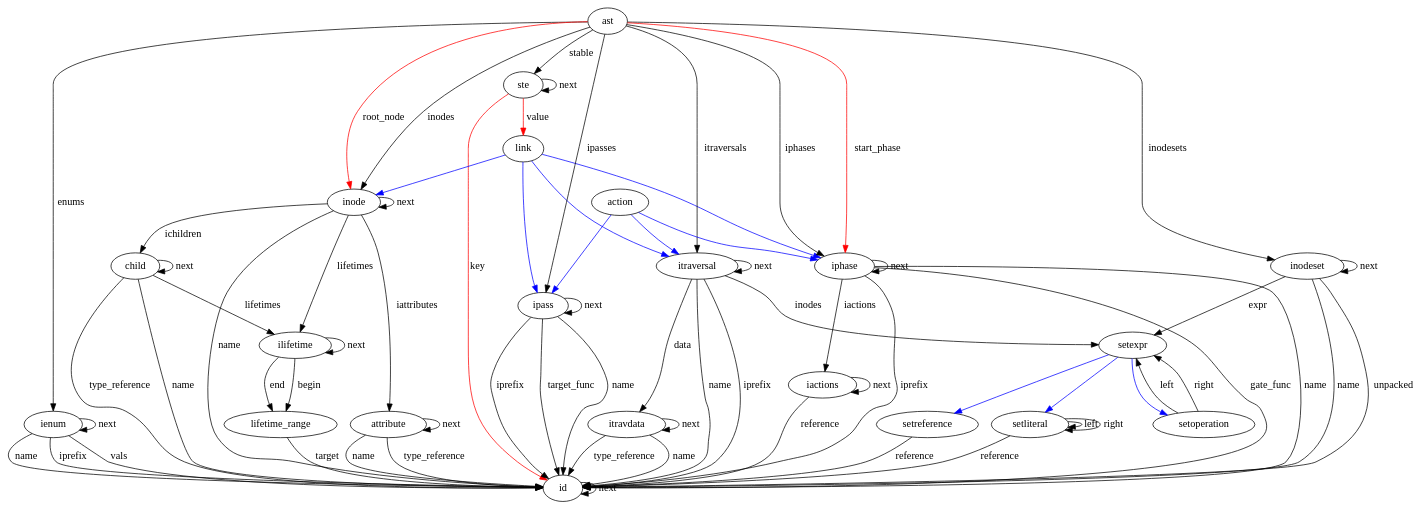
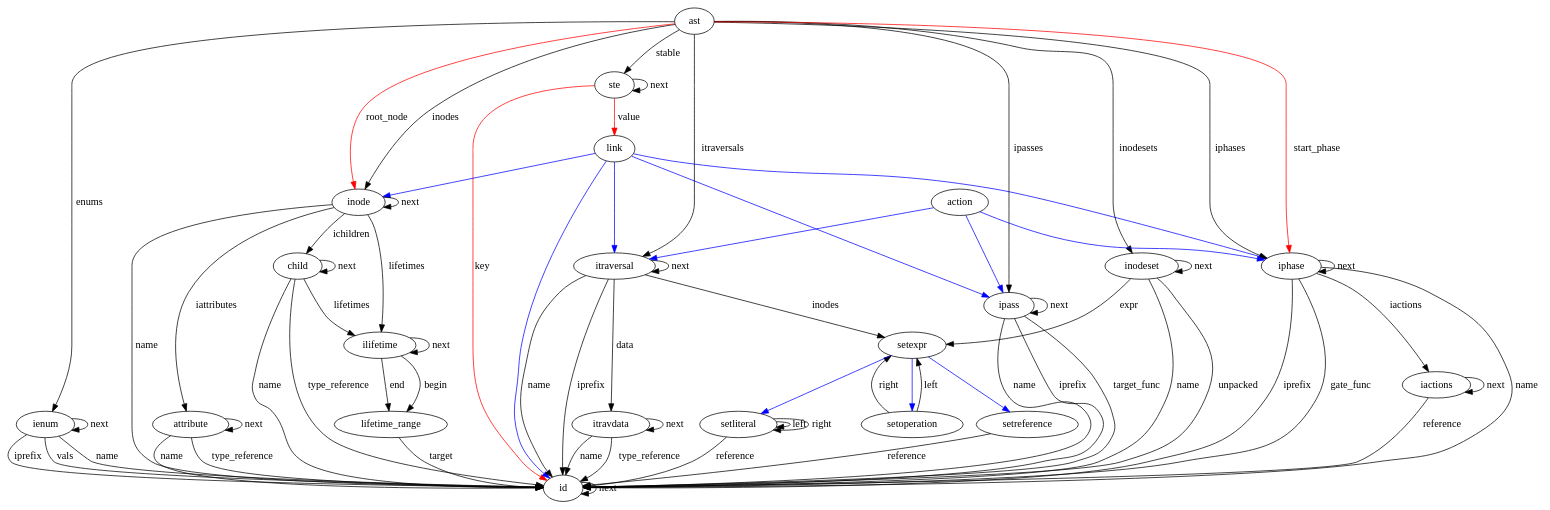
Before and after one commit to CoCoNut-UvA/coconut: the diagram in cocogen/ccngen/ast.dot, drawn with Graphviz. The commit also changed 56 other files, not shown here.

```diff
--- a/cocogen/ccngen/ast.dot
+++ b/cocogen/ccngen/ast.dot
@@ -1,77 +1,78 @@
 digraph Ast {
 id -> id[label="next"]
 ienum -> id[label="vals"]
 ienum -> id[label="name"]
 ienum -> id[label="iprefix"]
 ienum -> ienum[label="next"]
 attribute -> id[label="name"]
 attribute -> id[label="type_reference"]
 attribute -> attribute[label="next"]
 itravdata -> id[label="name"]
 itravdata -> id[label="type_reference"]
 itravdata -> itravdata[label="next"]
 setoperation -> setexpr[label="left"]
 setoperation -> setexpr[label="right"]
 setliteral -> id[label="reference"]
 setliteral -> setliteral[label="left"]
 setliteral -> setliteral[label="right"]
 setreference -> id[label="reference"]
 ste -> ste[label="next"]
 ste -> id[color=red, label="key"]
 ste -> link[color=red, label="value"]
 child -> id[label="name"]
 child -> ilifetime[label="lifetimes"]
 child -> child[label="next"]
 child -> id[label="type_reference"]
 lifetime_range -> id[label="target"]
 ilifetime -> lifetime_range[label="begin"]
 ilifetime -> lifetime_range[label="end"]
 ilifetime -> ilifetime[label="next"]
 inodeset -> id[label="name"]
 inodeset -> setexpr[label="expr"]
 inodeset -> id[label="unpacked"]
 inodeset -> inodeset[label="next"]
 inode -> id[label="name"]
 inode -> inode[label="next"]
 inode -> child[label="ichildren"]
 inode -> attribute[label="iattributes"]
 inode -> ilifetime[label="lifetimes"]
 ipass -> id[label="name"]
 ipass -> id[label="iprefix"]
 ipass -> id[label="target_func"]
 ipass -> ipass[label="next"]
 itraversal -> id[label="name"]
 itraversal -> id[label="iprefix"]
 itraversal -> setexpr[label="inodes"]
 itraversal -> itravdata[label="data"]
 itraversal -> itraversal[label="next"]
 iphase -> id[label="name"]
 iphase -> id[label="iprefix"]
 iphase -> id[label="gate_func"]
 iphase -> iactions[label="iactions"]
 iphase -> iphase[label="next"]
 iactions -> id[label="reference"]
 iactions -> iactions[label="next"]
 ast -> iphase[label="iphases"]
 ast -> itraversal[label="itraversals"]
 ast -> ipass[label="ipasses"]
 ast -> inode[label="inodes"]
 ast -> inodeset[label="inodesets"]
 ast -> ienum[label="enums"]
 ast -> ste[label="stable"]
 ast -> inode[color=red, label="root_node"]
 ast -> iphase[color=red, label="start_phase"]
 setexpr;
 setexpr -> setoperation [color=blue]
 setexpr -> setreference [color=blue]
 setexpr -> setliteral [color=blue]
 link;
 link -> iphase [color=blue]
 link -> itraversal [color=blue]
 link -> ipass [color=blue]
 link -> inode [color=blue]
+link -> id [color=blue]
 action;
 action -> iphase [color=blue]
 action -> itraversal [color=blue]
 action -> ipass [color=blue]
 }
```
